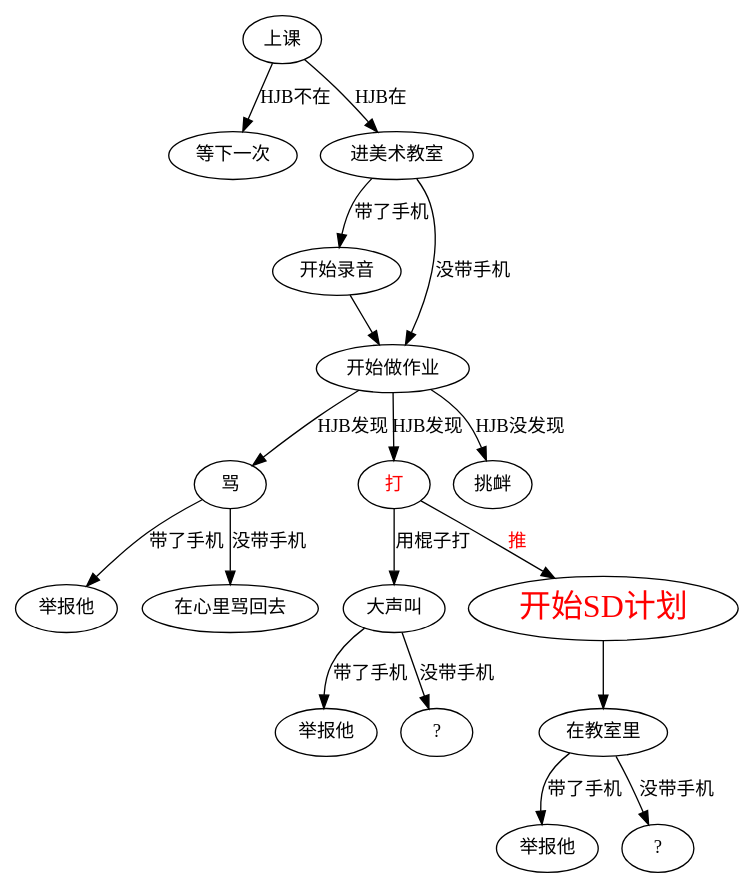
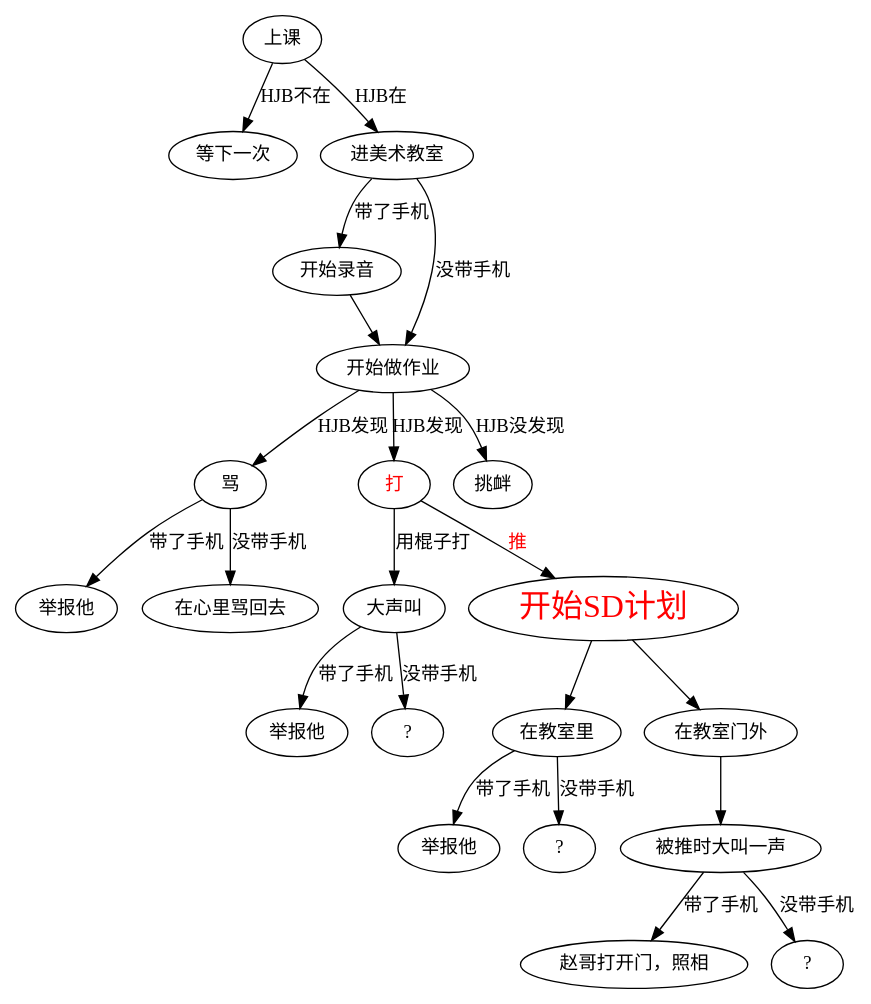
The diagram in SD.dot (tsfksj/HJB-Dot), drawn with Graphviz before and after one commit. The commit also changed 1 other file, not shown here.

Commit message:
添加“在教室门外”

```diff
--- a/SD.dot
+++ b/SD.dot
@@ -1,45 +1,53 @@
 digraph HJB{
   edge [fontname = "Microsoft YaHei"];
   node [fontname = "Microsoft YaHei"];
   ShangKe[label = "上课"];
   ShangKe_Noz[label = "等下一次"];
   ShangKe_Z[label = "进美术教室"];
 
   Phone_D[label = "开始录音"];
   Work_Start[label = "开始做作业"];
 
   HJB_Ma[label = "骂"];
   HJB_Da[label = "打",fontcolor=Red];
 
   HJB_Ma_Phone[label = "举报他"];
   HJB_Ma_No[label = "在心里骂回去"];
 
 
   HJB_Da_GZ[label = "大声叫"]//用棍子打
   HJB_Da_GZ_Phone[label = "举报他"];
   HJB_Da_GZ_No[label = "?"];
 
   We_TiaoXin[label = "挑衅"];
   SD_Start[label = "开始SD计划",fontcolor=Red,fontsize=24,fillcolor=Yellow];
   SD_JS[label = "在教室里"];
   SD_JS_Phone[label = "举报他"];
   SD_JS_No[label = "?"];
 
+  SD_DO[label = "在教室门外"];
+  SD_DO_Han[label = "被推时大叫一声"];
+  SD_DO_Phone[label = "赵哥打开门，照相"];
+  SD_DO_No[label = "?"];
   ShangKe -> ShangKe_Noz[label = "HJB不在"];
   ShangKe -> ShangKe_Z[label = "HJB在"];
   ShangKe_Z -> Phone_D[label = "带了手机"]
   Phone_D -> Work_Start;
   ShangKe_Z -> Work_Start[label = "没带手机"];
   Work_Start -> HJB_Ma[label = "HJB发现"];
   Work_Start -> HJB_Da[label = "HJB发现"];
   Work_Start -> We_TiaoXin[label = "HJB没发现"];
   HJB_Ma -> HJB_Ma_Phone[label = "带了手机"];
   HJB_Ma -> HJB_Ma_No[label = "没带手机"];
   HJB_Da -> SD_Start[label = "推",fontcolor=Red];
   HJB_Da -> HJB_Da_GZ[label = "用棍子打"];
   HJB_Da_GZ -> HJB_Da_GZ_Phone[label = "带了手机"];
   HJB_Da_GZ -> HJB_Da_GZ_No[label = "没带手机"];
   SD_Start -> SD_JS;
   SD_JS -> SD_JS_Phone[label = "带了手机"];
   SD_JS -> SD_JS_No[label = "没带手机"];
+  SD_Start -> SD_DO;
+  SD_DO -> SD_DO_Han;
+  SD_DO_Han -> SD_DO_Phone[label = "带了手机"];
+  SD_DO_Han -> SD_DO_No[label = "没带手机"];
 }
```
